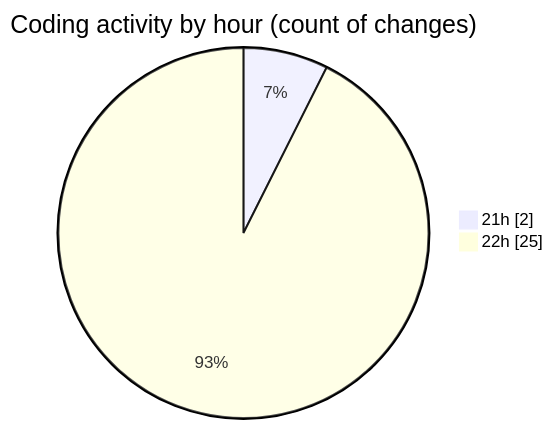
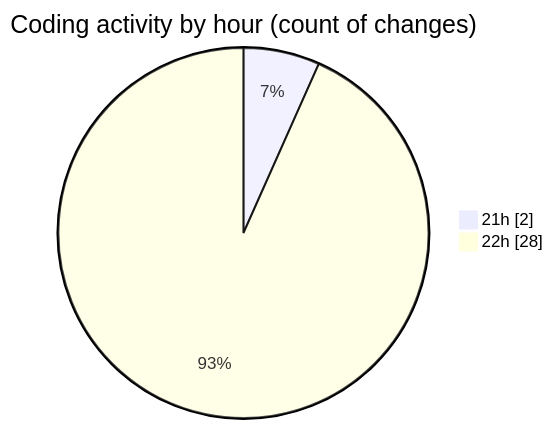
The second of 2 diagrams in 2025-07-13/lab8/README.md (lephambinh05/code-tracking), drawn with Mermaid before and after one commit. The commit also changed other lines of this file and 1 other file, not shown here.

````diff
--- a/2025-07-13/lab8/README.md
+++ b/2025-07-13/lab8/README.md
@@ -30,6 +30,6 @@
 ```mermaid
 pie showData
 title Coding activity by hour (count of changes)
 "21h" : 2
-"22h" : 25
+"22h" : 28
 ```
````
